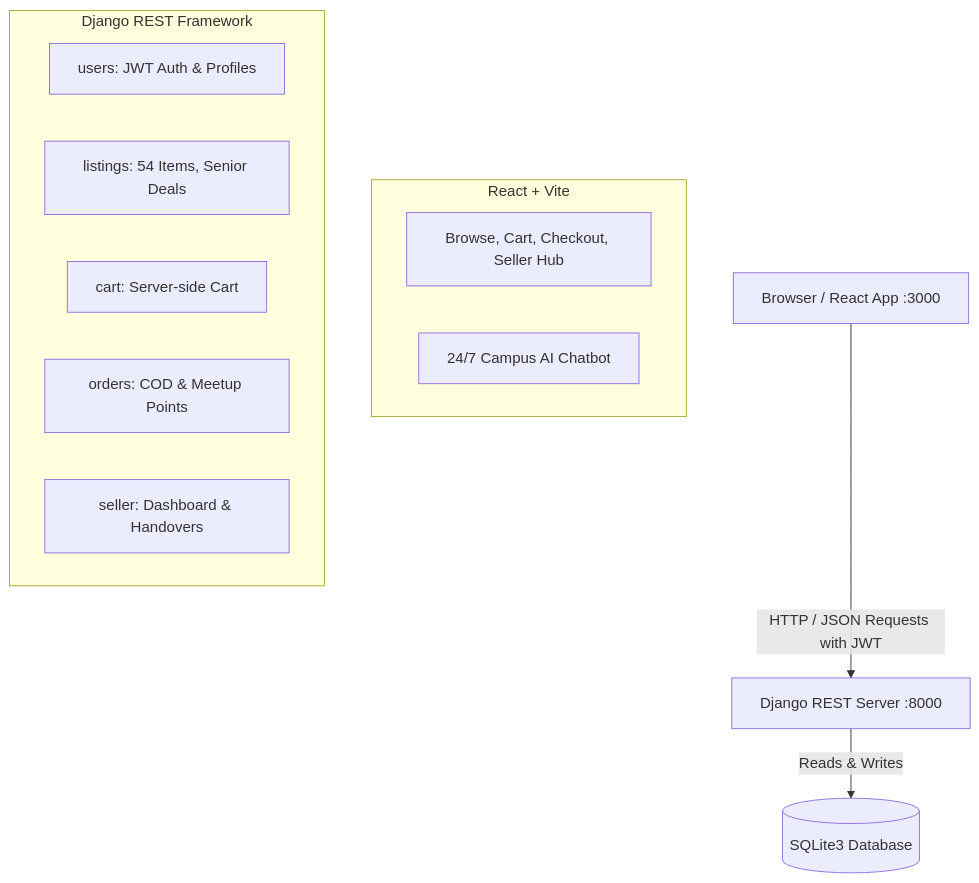
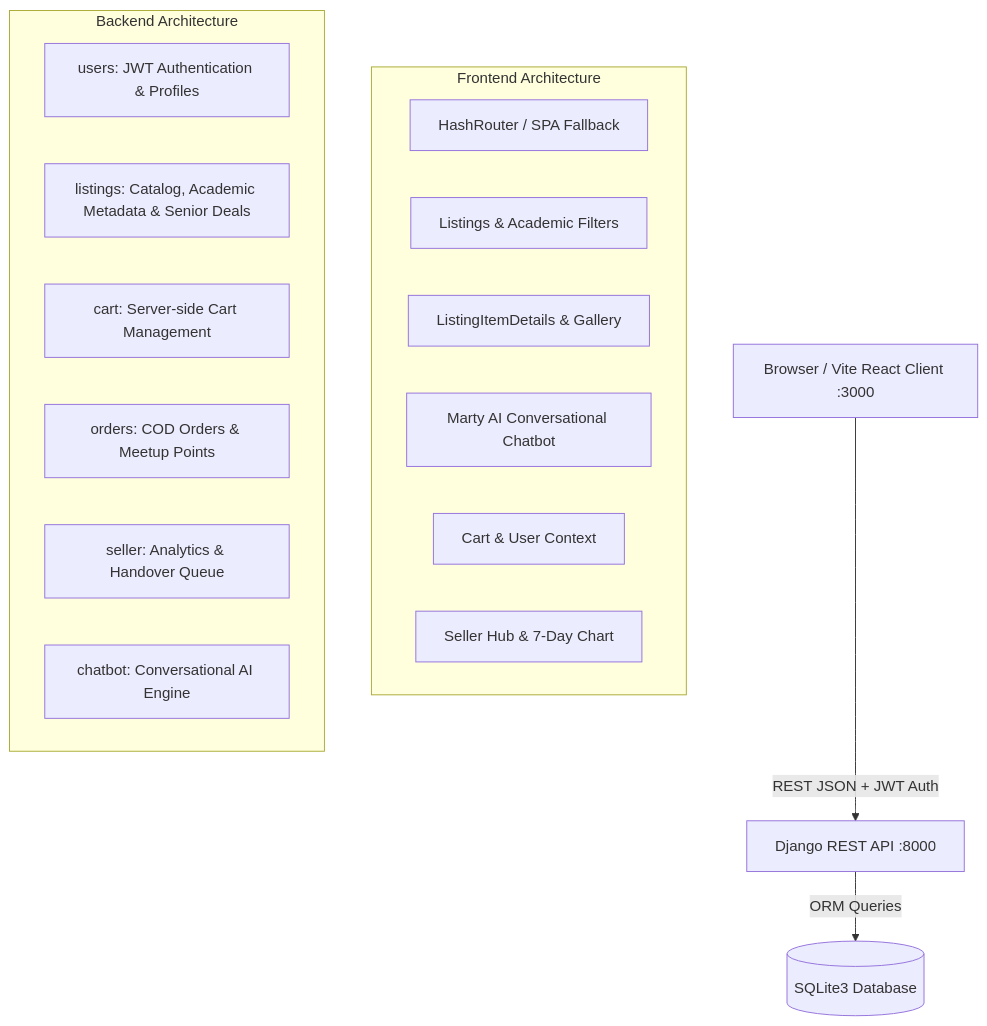
The diagram in README.md (prabhavathi11-code/project), drawn with Mermaid before and after one commit. The commit also changed other lines of this file and 12 other files, not shown here.

Commit message:
feat: upgrade AI chatbot with conversational search, revamp product details with multi-photo gallery & tabbed specs, add SPA 404 handler, and anonymize metadata

````diff
--- a/README.md
+++ b/README.md
@@ -37,18 +95,23 @@
 ```mermaid
 graph TD
-    Browser[Browser / React App :3000] -->|HTTP / JSON Requests with JWT| Django[Django REST Server :8000]
-    Django -->|Reads & Writes| SQLite[(SQLite3 Database)]
-    
-    subgraph Frontend [React + Vite]
-        UI[Browse, Cart, Checkout, Seller Hub]
-        AIChat[24/7 Campus AI Chatbot]
+    Browser[Browser / Vite React Client :3000] -->|REST JSON + JWT Auth| Django[Django REST API :8000]
+    Django -->|ORM Queries| DB[(SQLite3 Database)]
+
+    subgraph Client [Frontend Architecture]
+        Router[HashRouter / SPA Fallback]
+        Catalog[Listings & Academic Filters]
+        ProductView[ListingItemDetails & Gallery]
+        ChatbotUI[Marty AI Conversational Chatbot]
+        CartState[Cart & User Context]
+        SellerUI[Seller Hub & 7-Day Chart]
     end
 
-    subgraph Backend [Django REST Framework]
-        Users[users: JWT Auth & Profiles]
-        Listings[listings: 54 Items, Senior Deals]
-        CartApp[cart: Server-side Cart]
-        OrdersApp[orders: COD & Meetup Points]
-        SellerApp[seller: Dashboard & Handovers]
+    subgraph Server [Backend Architecture]
+        UsersApp[users: JWT Authentication & Profiles]
+        ListingsApp[listings: Catalog, Academic Metadata & Senior Deals]
+        CartApp[cart: Server-side Cart Management]
+        OrdersApp[orders: COD Orders & Meetup Points]
+        SellerApp[seller: Analytics & Handover Queue]
+        ChatbotApp[chatbot: Conversational AI Engine]
     end
 ```
````
